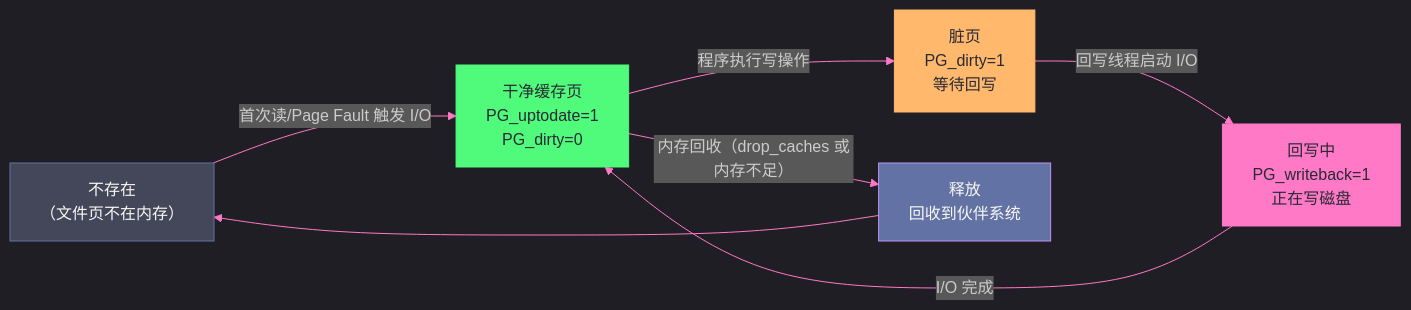
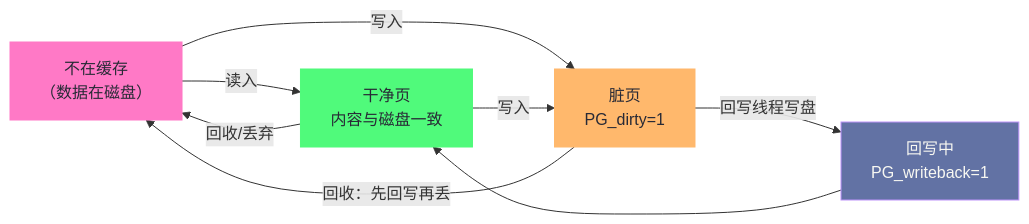
The first of 2 diagrams in content/Linux/内存管理/04 Page Cache：Linux 为什么要用内存来缓存磁盘.md (hpliStartAgain/my-brain), drawn with Mermaid before and after one commit. The commit also changed other lines of this file and 47 other files, not shown here.

````diff
--- a/content/Linux/内存管理/04 Page Cache：Linux 为什么要用内存来缓存磁盘.md
+++ b/content/Linux/内存管理/04 Page Cache：Linux 为什么要用内存来缓存磁盘.md
@@ -114,28 +113,20 @@
 ```mermaid
-%%{init: {'theme': 'dark', 'themeVariables': {'primaryColor': '#6272a4', 'primaryTextColor': '#f8f8f2', 'primaryBorderColor': '#bd93f9', 'lineColor': '#ff79c6', 'background': '#282a36', 'mainBkg': '#44475a'}}}%%
-graph LR
-    N["不存在</br>（文件页不在内存）"]
-    C["干净缓存页</br>PG_uptodate=1</br>PG_dirty=0"]
-    D["脏页</br>PG_dirty=1</br>等待回写"]
-    W["回写中</br>PG_writeback=1</br>正在写磁盘"]
-    F["释放</br>回收到伙伴系统"]
+%%{init: {'theme': 'dracula'}}%%
+flowchart LR
+    N["不在缓存<br/>（数据在磁盘）"] -->|读入| C["干净页<br/>内容与磁盘一致"]
+    N -->|写入| D["脏页<br/>PG_dirty=1"]
+    C -->|写入| D
+    D -->|回写线程写盘| W["回写中<br/>PG_writeback=1"]
+    W --> C
+    C -->|回收/丢弃| N
+    D -->|回收：先回写再丢| N
 
-    N -->|"首次读/Page Fault 触发 I/O"| C
-    C -->|"程序执行写操作"| D
-    D -->|"回写线程启动 I/O"| W
-    W -->|"I/O 完成"| C
-    C -->|"内存回收（drop_caches 或内存不足）"| F
-    F --> N
-
-    classDef notexist fill:#44475a,stroke:#6272a4,color:#f8f8f2
+    classDef disk fill:#ff79c6,stroke:#ff79c6,color:#282a36
     classDef clean fill:#50fa7b,stroke:#50fa7b,color:#282a36
     classDef dirty fill:#ffb86c,stroke:#ffb86c,color:#282a36
-    classDef wb fill:#ff79c6,stroke:#ff79c6,color:#282a36
-    classDef free fill:#6272a4,stroke:#bd93f9,color:#f8f8f2
-
-    class N notexist
+    classDef wb fill:#6272a4,stroke:#bd93f9,color:#f8f8f2
+    class N disk
     class C clean
     class D dirty
     class W wb
-    class F free
 ```
````
